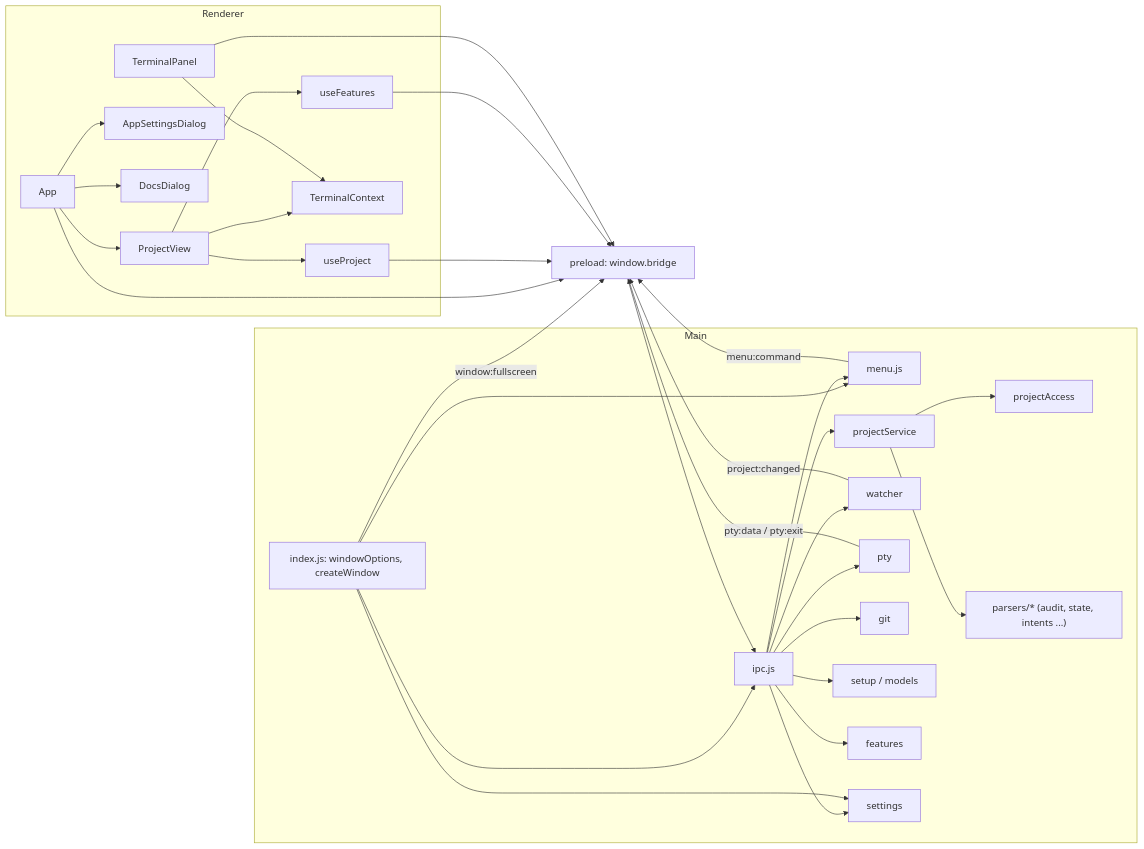
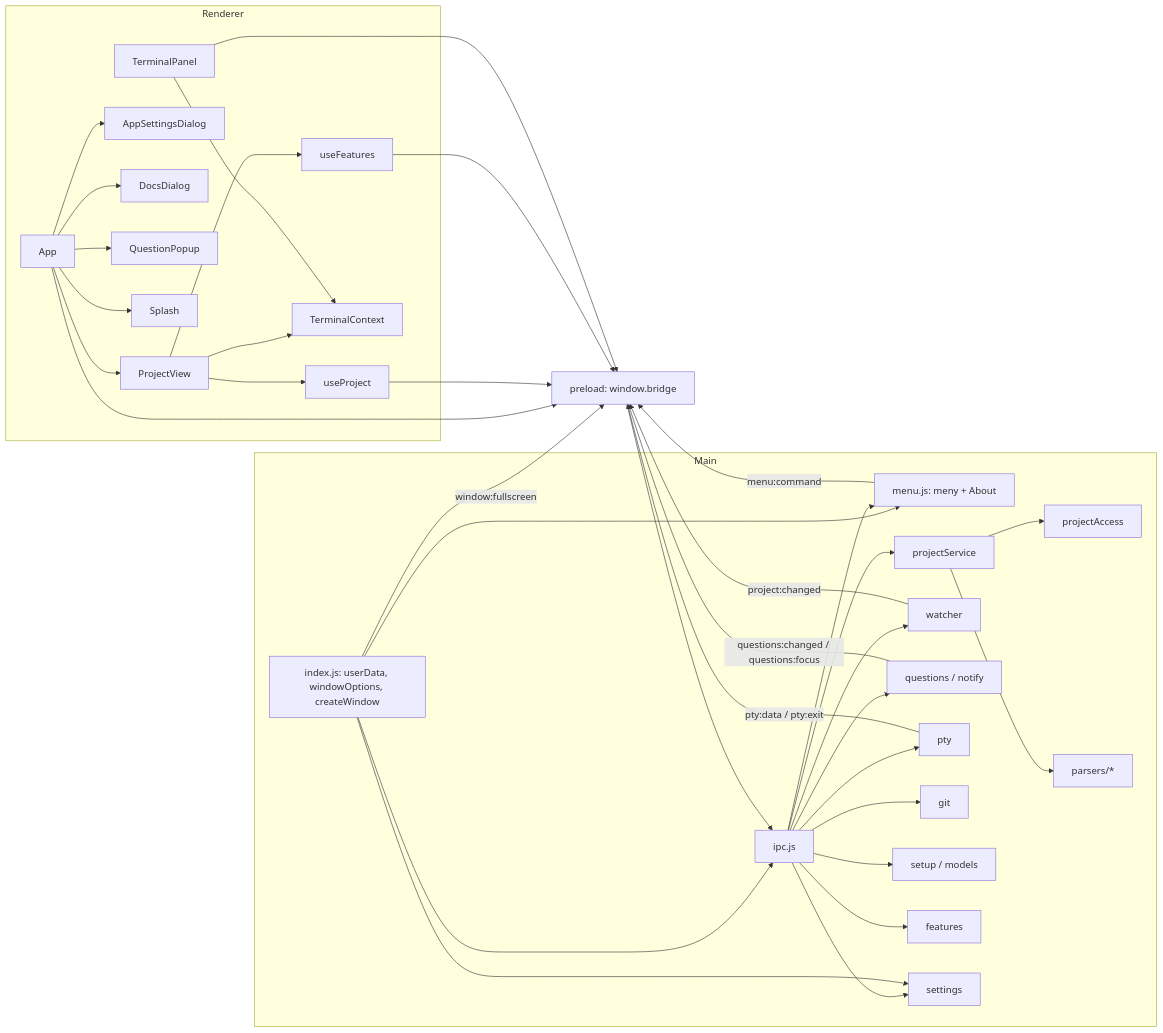
Before and after one commit to tochman/ai-dlc-thadeus: the second of 8 diagrams in aidlc/spaces/default/codekb/aidlc-dash/architecture.md, drawn with Mermaid. The commit also changed other lines of this file and 57 other files, not shown here.

````diff
--- a/aidlc/spaces/default/codekb/aidlc-dash/architecture.md
+++ b/aidlc/spaces/default/codekb/aidlc-dash/architecture.md
@@ -46,37 +49,41 @@
 ```mermaid
 flowchart LR
   subgraph Renderer
     App --> ProjectView
     App --> AppSettingsDialog
     App --> DocsDialog
+    App --> QuestionPopup
+    App --> Splash
     ProjectView --> useProject
     ProjectView --> useFeatures
     ProjectView --> TerminalContext
     TerminalPanel --> TerminalContext
   end
   Preload["preload: window.bridge"]
   subgraph MainProc["Main"]
-    Entry["index.js: windowOptions, createWindow"] --> IPC["ipc.js"]
-    Entry --> Menu["menu.js"]
+    Entry["index.js: userData, windowOptions, createWindow"] --> IPC["ipc.js"]
+    Entry --> Menu["menu.js: meny + About"]
     IPC --> Menu
     IPC --> PS["projectService"]
     IPC --> W["watcher"]
+    IPC --> Q["questions / notify"]
     IPC --> PTY["pty"]
     IPC --> G["git"]
     IPC --> S["setup / models"]
     IPC --> F["features"]
     IPC --> ST["settings"]
     Entry --> ST
     PS --> PA["projectAccess"]
-    PS --> P["parsers/* (audit, state, intents ...)"]
+    PS --> P["parsers/*"]
   end
   App --> Preload
   useProject --> Preload
   useFeatures --> Preload
   TerminalPanel --> Preload
   Preload --> IPC
   W -- "project:changed" --> Preload
+  Q -- "questions:changed / questions:focus" --> Preload
   PTY -- "pty:data / pty:exit" --> Preload
   Menu -- "menu:command" --> Preload
   Entry -- "window:fullscreen" --> Preload
 ```
````
